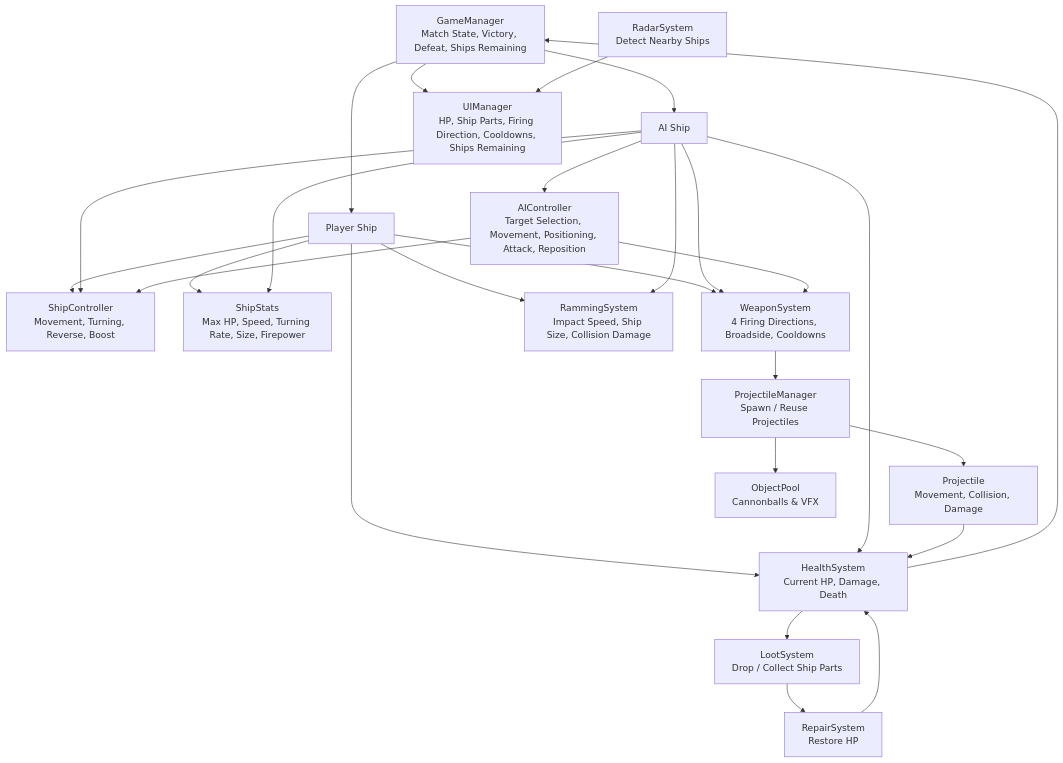
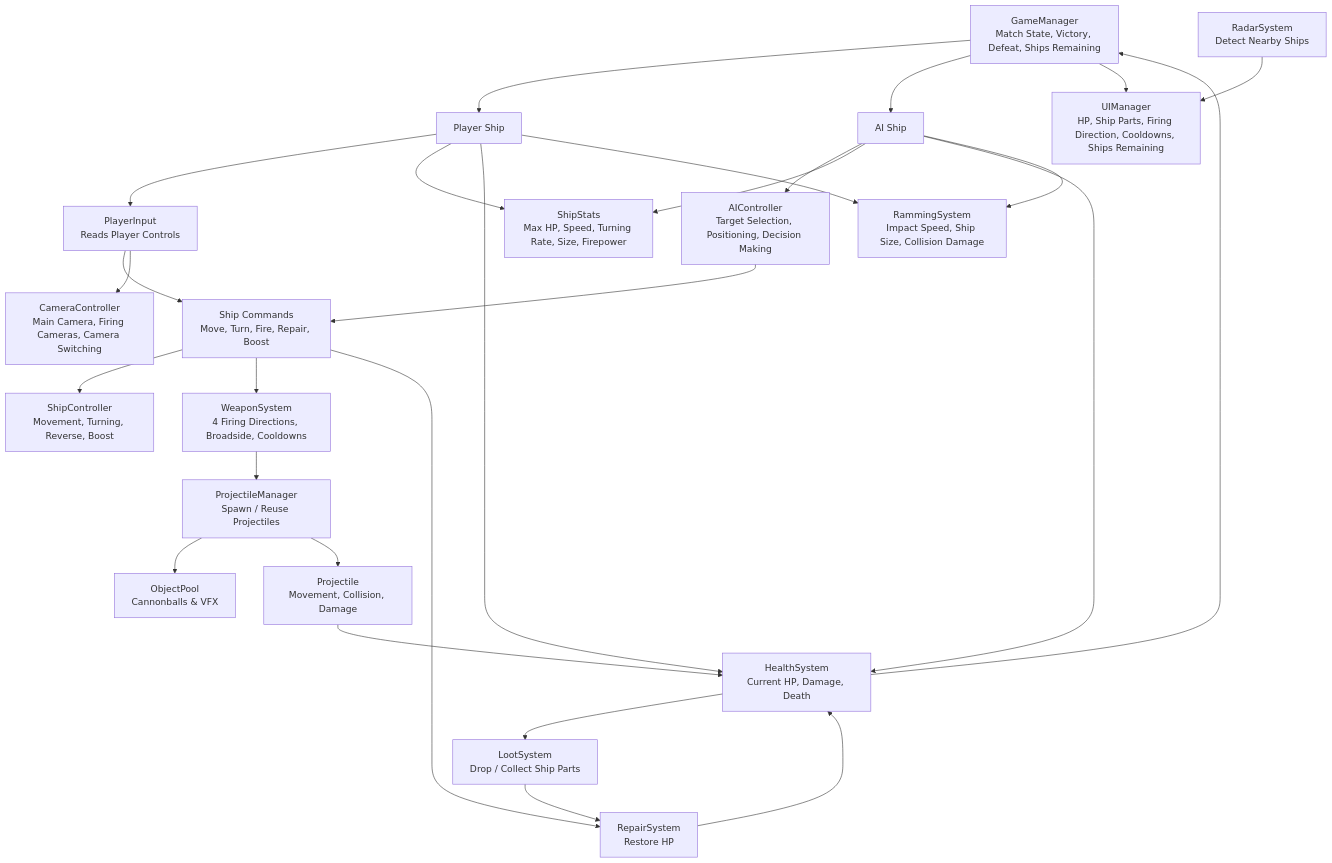
The second of 2 diagrams in Docs/GDD.md (TheRoyTomer/PiratesOfTheMediterranean), drawn with Mermaid before and after one commit. The commit also changed other lines of this file and 61 other files, not shown here.

````diff
--- a/Docs/GDD.md
+++ b/Docs/GDD.md
@@ -251,58 +263,64 @@
 ```mermaid
 graph TD
 
     GM[GameManager<br/>Match State, Victory, Defeat, Ships Remaining]
 
     PS[Player Ship]
     AIS[AI Ship]
+
+    PI[PlayerInput<br/>Reads Player Controls]
+    AIC[AIController<br/>Target Selection, Positioning, Decision Making]
+
+    CMD[Ship Commands<br/>Move, Turn, Fire, Repair, Boost]
+    CAM[CameraController<br/>Main Camera, Firing Cameras, Camera Switching]
 
     SC[ShipController<br/>Movement, Turning, Reverse, Boost]
     SS[ShipStats<br/>Max HP, Speed, Turning Rate, Size, Firepower]
     WS[WeaponSystem<br/>4 Firing Directions, Broadside, Cooldowns]
     PM[ProjectileManager<br/>Spawn / Reuse Projectiles]
     P[Projectile<br/>Movement, Collision, Damage]
     HS[HealthSystem<br/>Current HP, Damage, Death]
     RS[RammingSystem<br/>Impact Speed, Ship Size, Collision Damage]
     LS[LootSystem<br/>Drop / Collect Ship Parts]
     REP[RepairSystem<br/>Restore HP]
 
-    AIC[AIController<br/>Target Selection, Movement, Positioning, Attack, Reposition]
-
     RAD[RadarSystem<br/>Detect Nearby Ships]
     UI[UIManager<br/>HP, Ship Parts, Firing Direction, Cooldowns, Ships Remaining]
 
     OP[ObjectPool<br/>Cannonballs & VFX]
 
     GM --> PS
     GM --> AIS
     GM --> UI
 
-    PS --> SC
+    PS --> PI
     PS --> SS
-    PS --> WS
     PS --> HS
     PS --> RS
 
-    AIS --> SC
+    AIS --> AIC
     AIS --> SS
-    AIS --> WS
     AIS --> HS
     AIS --> RS
-    AIS --> AIC
 
-    AIC --> SC
-    AIC --> WS
+    PI --> CMD
+    PI --> CAM
+    AIC --> CMD
+
+    CMD --> SC
+    CMD --> WS
+    CMD --> REP
 
     WS --> PM
     PM --> OP
     PM --> P
     P --> HS
 
     HS --> GM
     HS --> LS
 
     LS --> REP
     REP --> HS
 
     RAD --> UI
 ```
````
